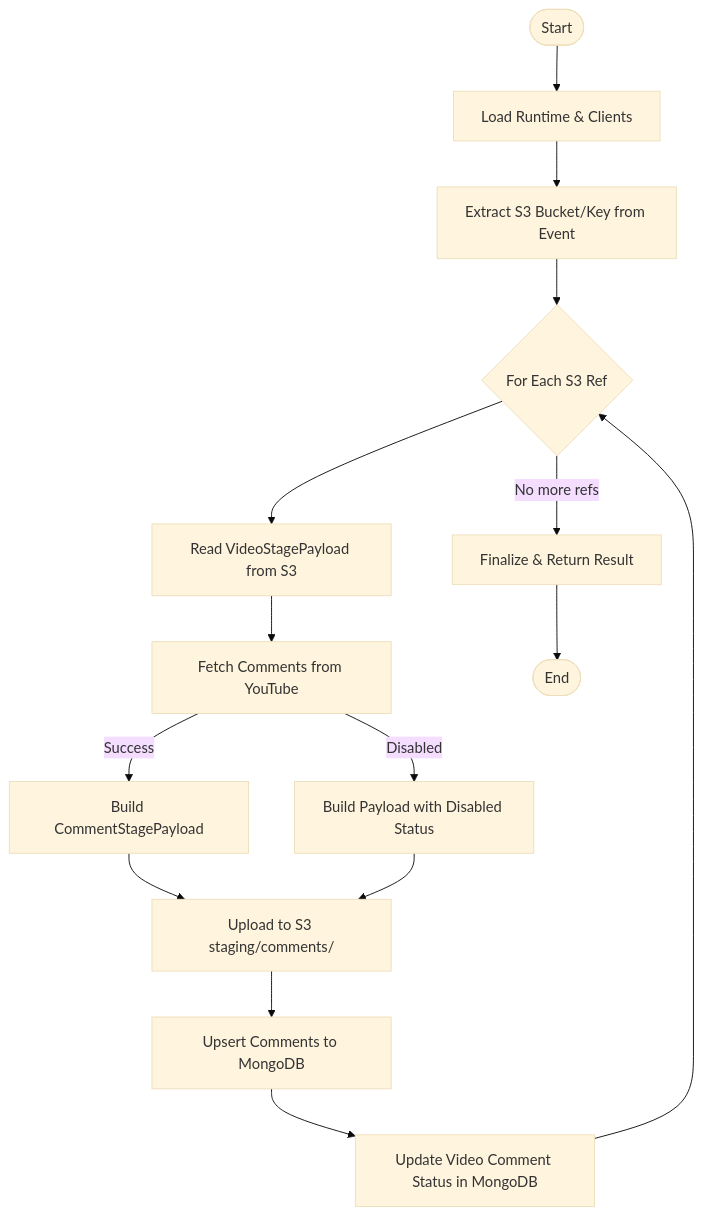
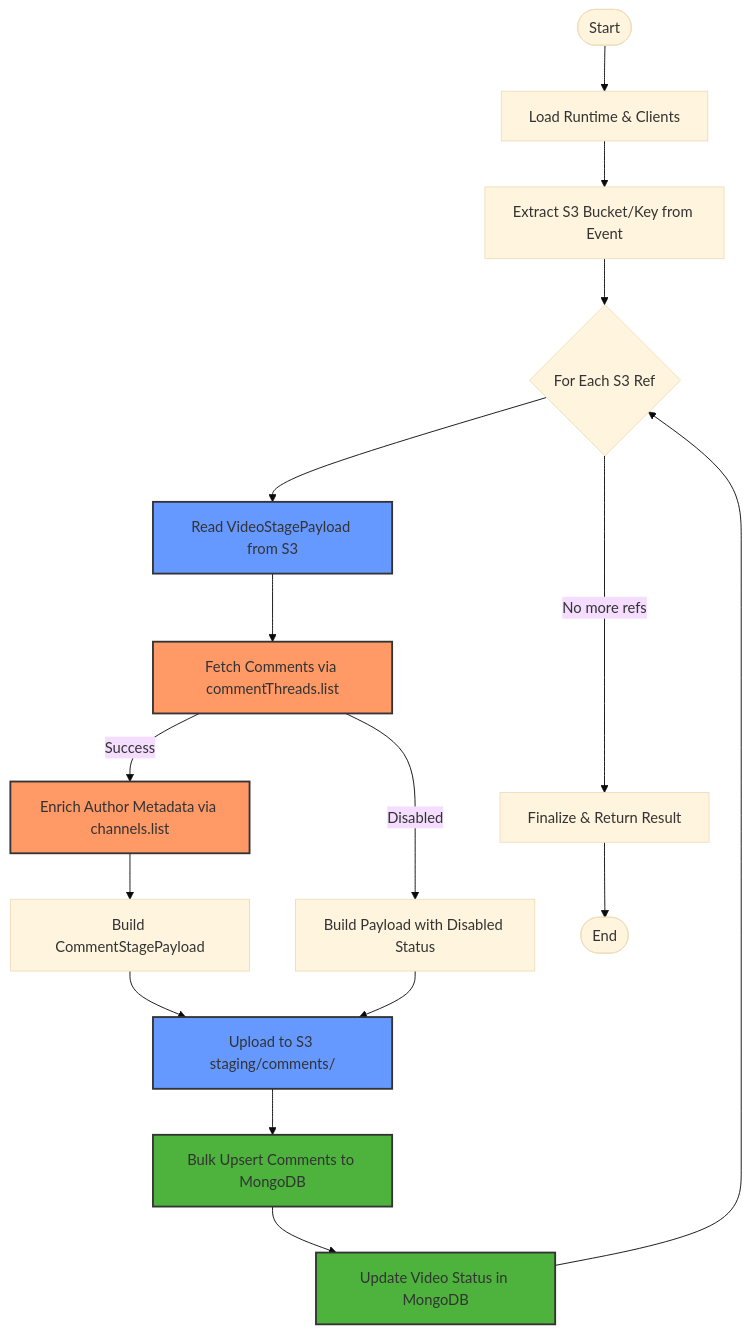
One commit to kaushalkrishna2000/youtube-bot-analytics changed the third of 3 diagrams in comment_lambda/README.md. Above: the diagram before and after it, drawn with Mermaid (base theme). The commit also changed other lines of this file and 3 other files, not shown here.

Commit message:
Update README files to reflect detailed execution flow, added enriched client-specific diagrams, enhanced YouTube API phase descriptions, and streamlined MongoDB persistence logic

````diff
--- a/comment_lambda/README.md
+++ b/comment_lambda/README.md
@@ -67,22 +84,28 @@
 ```mermaid
 flowchart TD
     Start([Start]) --> LoadRuntime[Load Runtime & Clients]
     LoadRuntime --> ResolveRefs[Extract S3 Bucket/Key from Event]
     ResolveRefs --> ForEachRef{For Each S3 Ref}
     
-    ForEachRef --> ReadS3[Read VideoStagePayload from S3]
-    ReadS3 --> FetchComments[Fetch Comments from YouTube]
+    ForEachRef --> ReadS3[Read VideoStagePayload from S3]:::s3
+    ReadS3 --> FetchComments[Fetch Comments via commentThreads.list]:::youtube
     
-    FetchComments -- Success --> BuildPayload[Build CommentStagePayload]
+    FetchComments -- Success --> Enrich[Enrich Author Metadata via channels.list]:::youtube
+    Enrich --> BuildPayload[Build CommentStagePayload]
     FetchComments -- Disabled --> BuildDisabled[Build Payload with Disabled Status]
     
-    BuildPayload --> UploadS3[Upload to S3 staging/comments/]
+    BuildPayload --> UploadS3[Upload to S3 staging/comments/]:::s3
     BuildDisabled --> UploadS3
     
-    UploadS3 --> UpsertComments[Upsert Comments to MongoDB]
-    UpsertComments --> UpdateVideo[Update Video Comment Status in MongoDB]
+    UploadS3 --> UpsertComments[Bulk Upsert Comments to MongoDB]:::mongodb
+    UpsertComments --> UpdateVideo[Update Video Status in MongoDB]:::mongodb
     UpdateVideo --> ForEachRef
-    
-    ForEachRef -- No more refs --> Finalize[Finalize & Return Result]
+
+    %% Termination path
+    ForEachRef -- No more refs ----> Finalize[Finalize & Return Result]
     Finalize --> End([End])
+
+    classDef youtube fill:#f96,stroke:#333,stroke-width:2px;
+    classDef s3 fill:#69f,stroke:#333,stroke-width:2px;
+    classDef mongodb fill:#4db33d,stroke:#333,stroke-width:2px;
 ```
````
